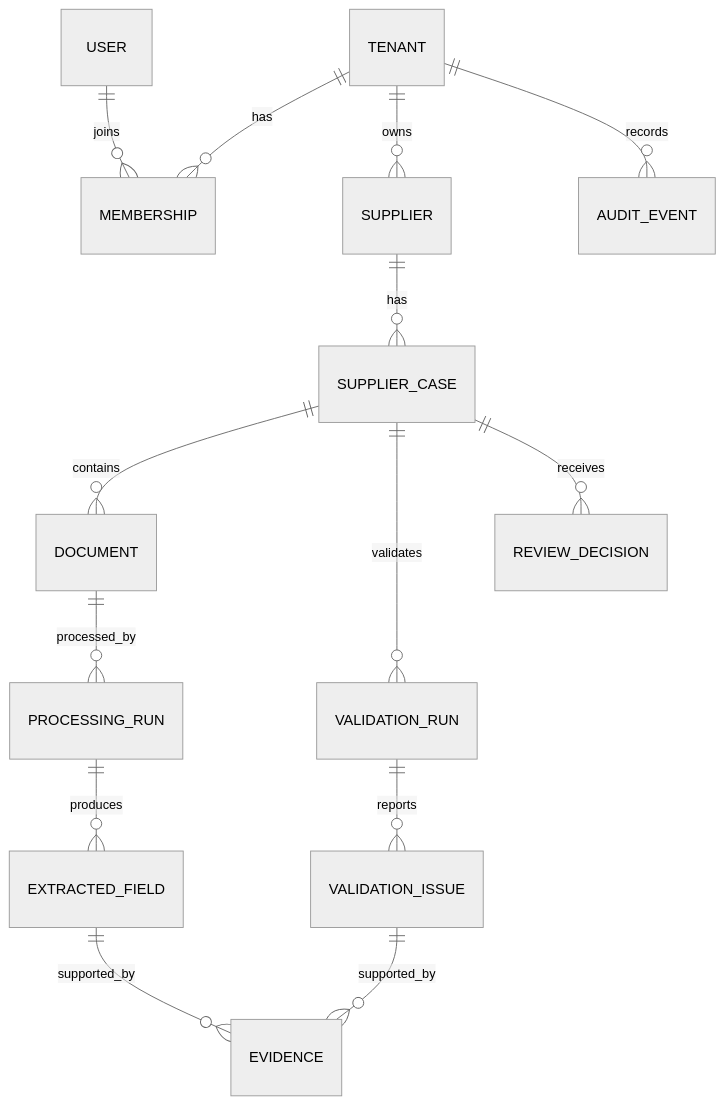
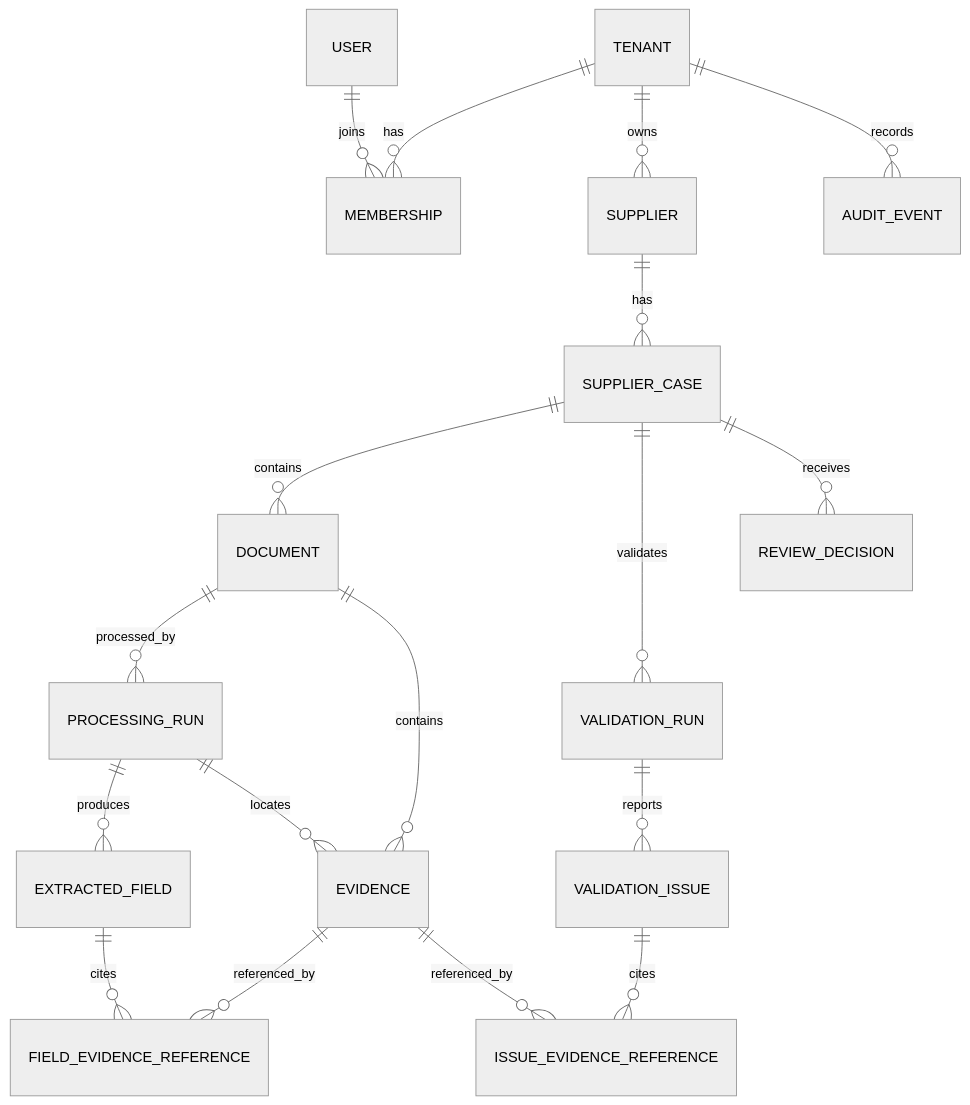
Before and after one commit to CodeDaoVietNam/AI-Engineer-Road-Map: the first of 2 diagrams in capstone/enterprise-document-agent/docs/data-model/domain-model.md, drawn with Mermaid (neutral theme). The commit also changed other lines of this file and 5 other files, not shown here.

Commit message:
docs: close workflow architecture gaps

````diff
--- a/capstone/enterprise-document-agent/docs/data-model/domain-model.md
+++ b/capstone/enterprise-document-agent/docs/data-model/domain-model.md
@@ -10,16 +10,20 @@
 ```mermaid
 erDiagram
     TENANT ||--o{ MEMBERSHIP : has
     USER ||--o{ MEMBERSHIP : joins
     TENANT ||--o{ SUPPLIER : owns
     SUPPLIER ||--o{ SUPPLIER_CASE : has
     SUPPLIER_CASE ||--o{ DOCUMENT : contains
     DOCUMENT ||--o{ PROCESSING_RUN : processed_by
     PROCESSING_RUN ||--o{ EXTRACTED_FIELD : produces
-    EXTRACTED_FIELD ||--o{ EVIDENCE : supported_by
+    DOCUMENT ||--o{ EVIDENCE : contains
+    PROCESSING_RUN ||--o{ EVIDENCE : locates
+    EXTRACTED_FIELD ||--o{ FIELD_EVIDENCE_REFERENCE : cites
+    EVIDENCE ||--o{ FIELD_EVIDENCE_REFERENCE : referenced_by
     SUPPLIER_CASE ||--o{ VALIDATION_RUN : validates
     VALIDATION_RUN ||--o{ VALIDATION_ISSUE : reports
-    VALIDATION_ISSUE ||--o{ EVIDENCE : supported_by
+    VALIDATION_ISSUE ||--o{ ISSUE_EVIDENCE_REFERENCE : cites
+    EVIDENCE ||--o{ ISSUE_EVIDENCE_REFERENCE : referenced_by
     SUPPLIER_CASE ||--o{ REVIEW_DECISION : receives
     TENANT ||--o{ AUDIT_EVENT : records
 ```
````
